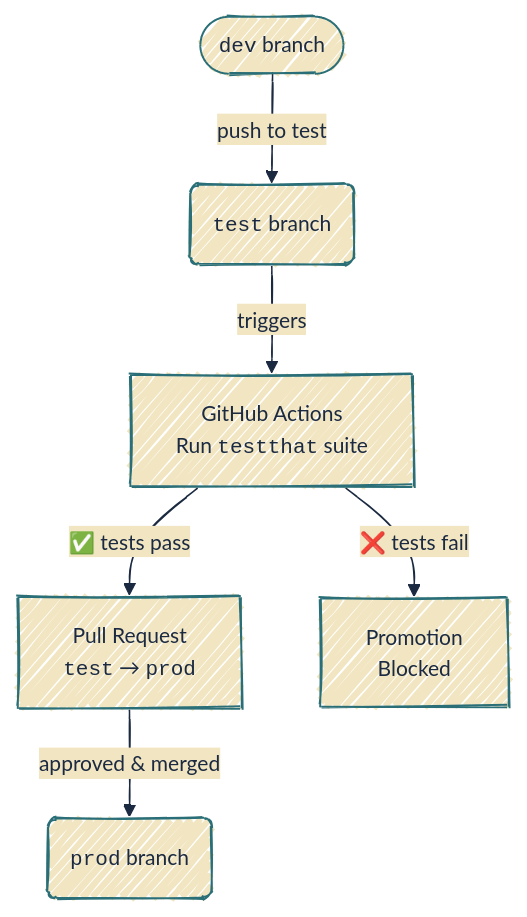
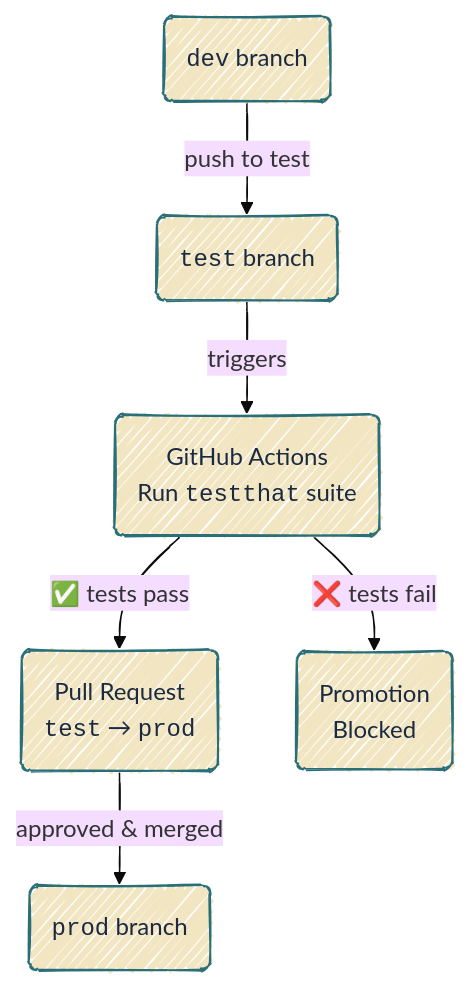
The second of 2 diagrams in publish-r-py.qmd (mjfrigaard/do4ds-labs), drawn with Mermaid before and after one commit. The commit also changed other lines of this file and 37 other files, not shown here.

Commit message:
updates to mermaid

````diff
--- a/publish-r-py.qmd
+++ b/publish-r-py.qmd
@@ -149,13 +150,14 @@
 ```{mermaid}
 %%| fig-cap: 'Running tests'
 %%| fig-width: 7.0
 %%| fig-align: center
-%%{init: {'theme': 'base', 'look': 'handDrawn', 'themeVariables': { 'fontFamily': 'monospace', "fontSize":"14px", 'primaryColor': '#F2E6C2', 'primaryBorderColor': '#2A6F77', 'primaryTextColor': '#1B2A41', 'secondaryColor': '#d4e7e4', 'tertiaryColor': '#f5f0e4', 'lineColor': '#1B2A41', 'edgeLabelBackground': '#F2E6C2'}}}%%
+%%{init: {'theme': 'base', 'look': 'handDrawn', 'themeVariables': {'fontFamily': 'monospace'}}}%%
 flowchart TD
-    DevBr(["<code>dev</code> branch"]) -->|"push to test"| TestBr("<code>test</code> branch")
-    TestBr -->|"triggers"| GHA["GitHub Actions<br>Run <code>testthat</code> suite"]
-    GHA -->|"✅ tests pass"| PR["Pull Request<br><code>test</code> → <code>prod</code>"]
-    GHA -->|"❌ tests fail"| Block["Promotion<br>Blocked"]
+    DevBr("<code>dev</code> branch") -->|"push to test"| TestBr("<code>test</code> branch")
+    TestBr -->|"triggers"| GHA("GitHub Actions<br>Run <code>testthat</code> suite")
+    GHA -->|"✅ tests pass"| PR("Pull Request<br><code>test</code> → <code>prod</code>")
+    GHA -->|"❌ tests fail"| Block("Promotion<br>Blocked")
     PR -->|"approved & merged"| ProdBr("<code>prod</code> branch")
+    classDef default fill:#F2E6C2,stroke:#2A6F77,color:#1B2A41
 
 ```
````
